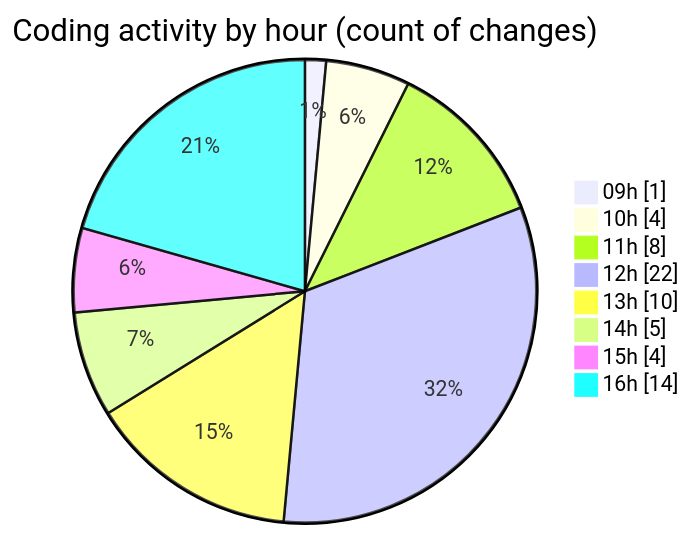
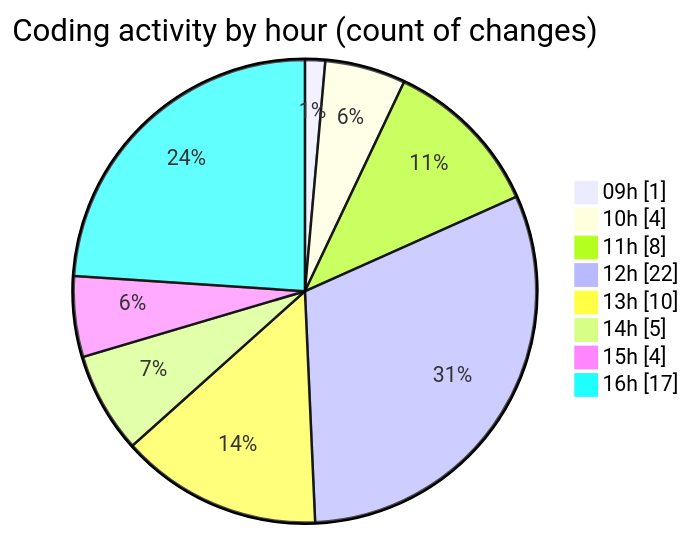
One commit to momahboobian/code-tracking changed the second of 2 diagrams in 2025-10-21/cda/README.md. Above: the diagram before and after it, drawn with Mermaid. The commit also changed other lines of this file and 1 other file, not shown here.

````diff
--- a/2025-10-21/cda/README.md
+++ b/2025-10-21/cda/README.md
@@ -43,12 +44,12 @@
 ```mermaid
 pie showData
 title Coding activity by hour (count of changes)
 "09h" : 1
 "10h" : 4
 "11h" : 8
 "12h" : 22
 "13h" : 10
 "14h" : 5
 "15h" : 4
-"16h" : 14
+"16h" : 17
 ```
````
